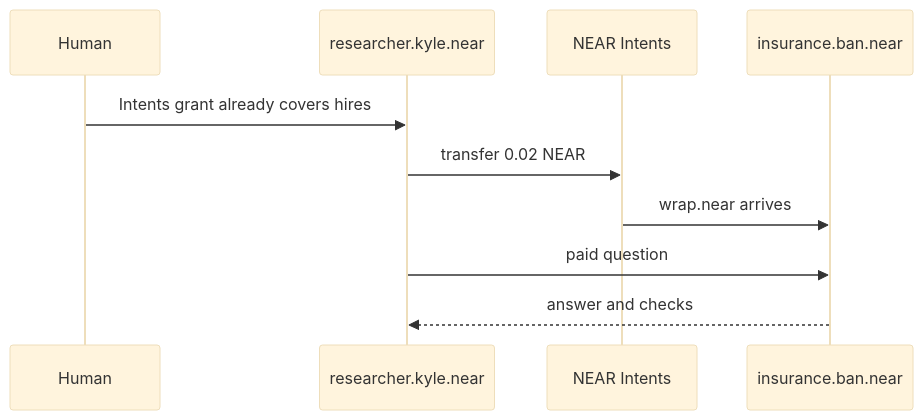
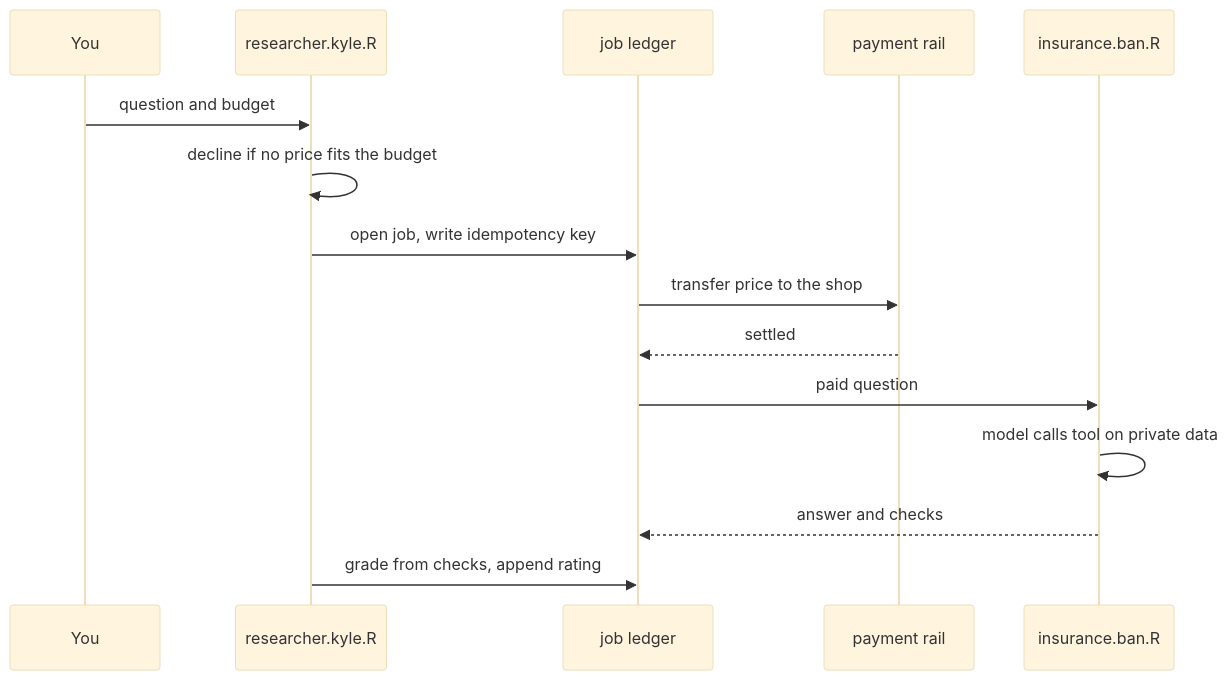
Before and after one commit to taejeekim/InferPay: the first of 2 diagrams in README.md, drawn with Mermaid (base theme). The commit also changed other lines of this file, not shown here.

````diff
--- a/README.md
+++ b/README.md
@@ -223,12 +146,17 @@
 ```mermaid
 sequenceDiagram
-  participant Human
-  participant Buyer as researcher.kyle.near
-  participant Intents as NEAR Intents
-  participant Shop as insurance.ban.near
-  Human->>Buyer: Intents grant already covers hires
-  Buyer->>Intents: transfer 0.02 NEAR
-  Intents->>Shop: wrap.near arrives
-  Buyer->>Shop: paid question
-  Shop-->>Buyer: answer and checks
+  participant You
+  participant Buyer as researcher.kyle.R
+  participant Market as job ledger
+  participant Rail as payment rail
+  participant Shop as insurance.ban.R
+  You->>Buyer: question and budget
+  Buyer->>Buyer: decline if no price fits the budget
+  Buyer->>Market: open job, write idempotency key
+  Market->>Rail: transfer price to the shop
+  Rail-->>Market: settled
+  Market->>Shop: paid question
+  Shop->>Shop: model calls tool on private data
+  Shop-->>Market: answer and checks
+  Buyer->>Market: grade from checks, append rating
 ```
````
